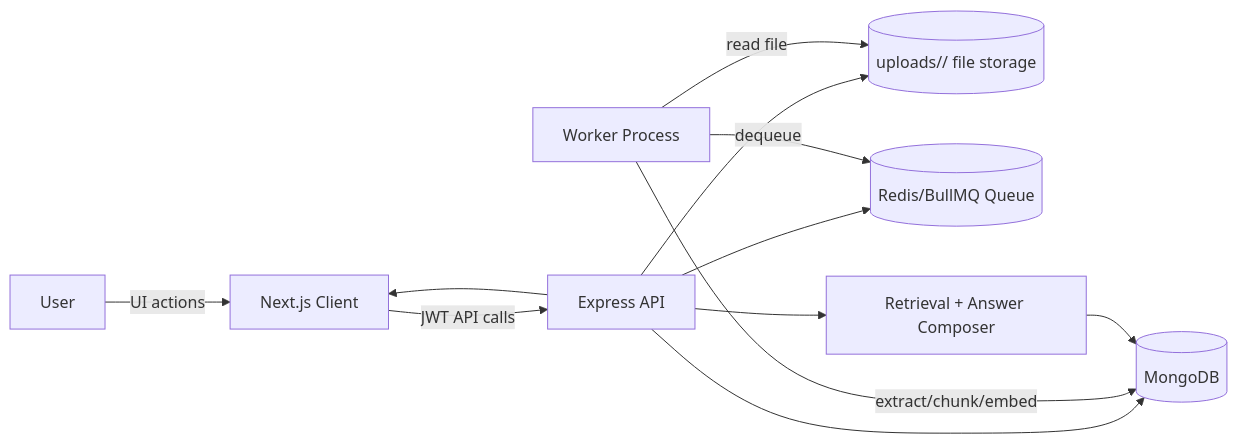
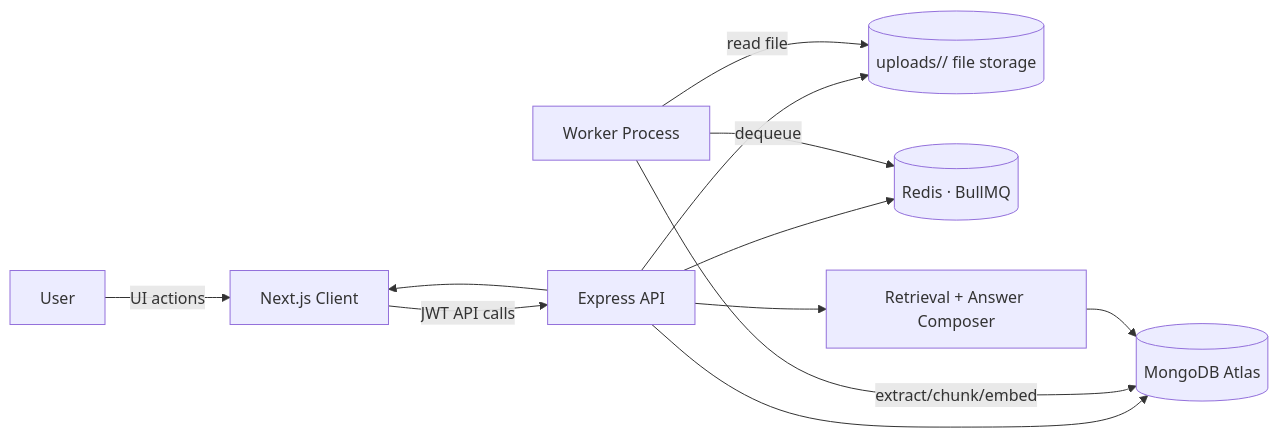
One commit to tusharOxacular09/documind-server changed the first of 5 diagrams in README.md. Above: the diagram before and after it, drawn with Mermaid. The commit also changed other lines of this file, not shown here.

First line of the commit message:
Update README.md to clarify production architecture and deployment instructions

````diff
--- a/README.md
+++ b/README.md
@@ -52,14 +58,14 @@
 ```mermaid
 flowchart LR
   U[User] -->|UI actions| FE[Next.js Client]
   FE -->|JWT API calls| API[Express API]
-  API --> DB[(MongoDB)]
+  API --> DB[(MongoDB Atlas)]
   API --> FS[(uploads/<userId>/ file storage)]
-  API --> Q[(Redis/BullMQ Queue)]
+  API --> Q[(Redis · BullMQ)]
   W[Worker Process] -->|dequeue| Q
   W -->|extract/chunk/embed| DB
   W -->|read file| FS
   API --> RAG[Retrieval + Answer Composer]
   RAG --> DB
   API --> FE
 ```
````
